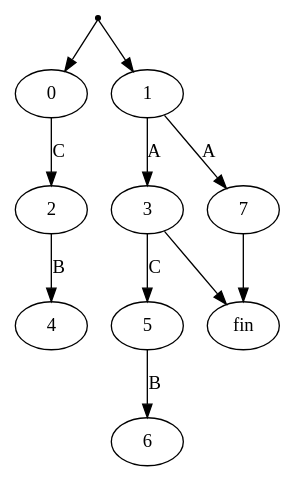
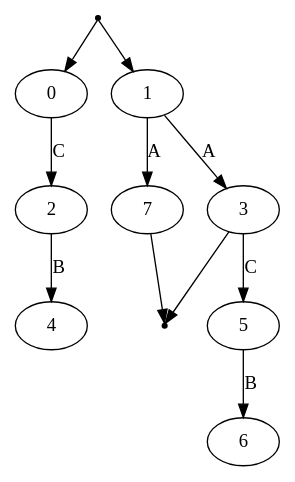
One commit to omarelhorre/automate changed the diagram in demo.dot. Above: the diagram before and after it, drawn with Graphviz. The commit also changed 2 other files, not shown here.

```diff
--- a/demo.dot
+++ b/demo.dot
@@ -1,13 +1,14 @@
 digraph G {
     init [shape=point]
+    fin [shape=point]
     init -> 0;
     init -> 1;
     0 -> 2 [label="C"];
     1 -> 3 [label="A"];
     2 -> 4 [label="B"];
     3 -> 5 [label="C"];
     1 -> 7 [label="A"];
     7 -> fin;
     5 -> 6 [label="B"];
     3 -> fin;
 }
```
